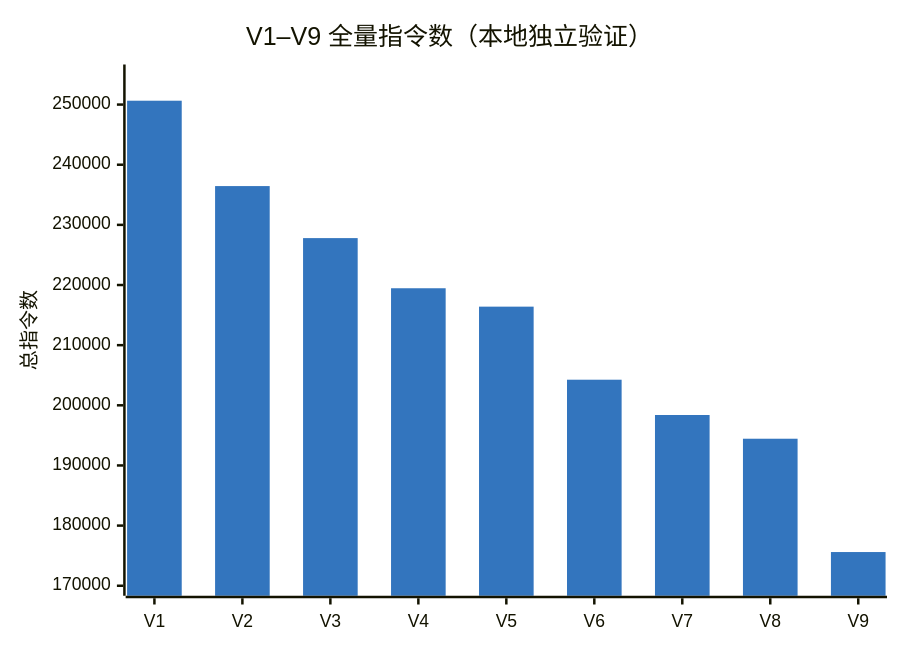
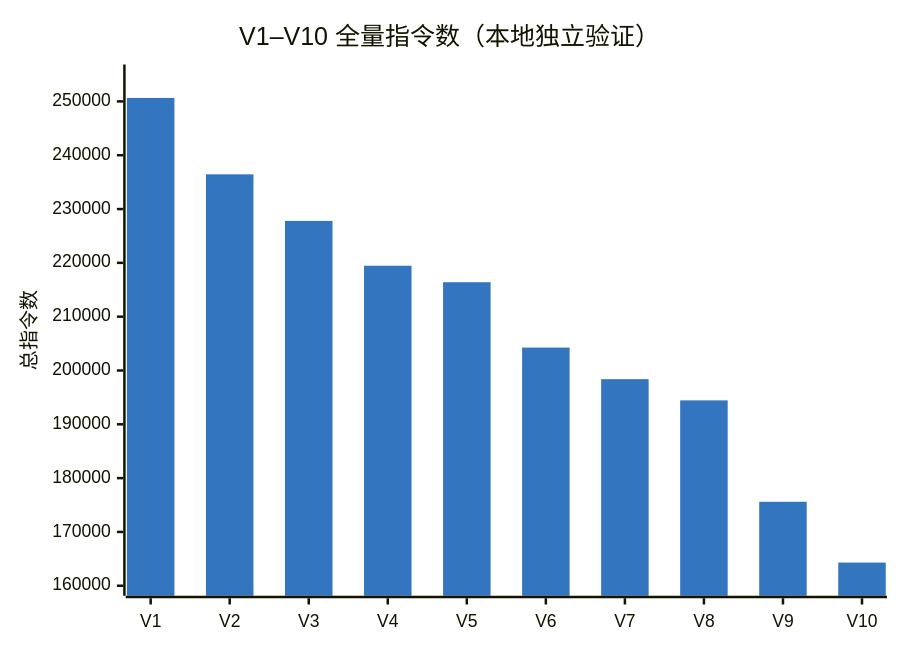
Before and after one commit to Leonardo-F/kaggle-lab: the diagram in competitions/santa-2026/docs/diagrams/version-scores.mmd, drawn with Mermaid. The commit also changed 41 other files, not shown here.

```diff
--- a/competitions/santa-2026/docs/diagrams/version-scores.mmd
+++ b/competitions/santa-2026/docs/diagrams/version-scores.mmd
@@ -1,8 +1,8 @@
 %%{init: {'theme':'base','themeVariables':{'xyChart':{'plotColorPalette':'#3375BE'}}}}%%
-%% version-scores.png 由本文件经 mermaid.ink 重新渲染，覆盖 V1–V9。
+%% version-scores.png 由本文件经 mermaid.ink 重新渲染，覆盖 V1–V10。
 %% 互动报告顶部的动态成绩曲线由 docs/reports/*.json 生成，与本图同源。
 xychart-beta
-    title "V1–V9 全量指令数（本地独立验证）"
-    x-axis ["V1", "V2", "V3", "V4", "V5", "V6", "V7", "V8", "V9"]
-    y-axis "总指令数" 170000 --> 255000
-    bar [250642, 236449, 227799, 219462, 216404, 204255, 198388, 194444, 175604]
+    title "V1–V10 全量指令数（本地独立验证）"
+    x-axis ["V1", "V2", "V3", "V4", "V5", "V6", "V7", "V8", "V9", "V10"]
+    y-axis "总指令数" 160000 --> 255000
+    bar [250642, 236449, 227799, 219462, 216404, 204255, 198388, 194444, 175604, 164306]
```
